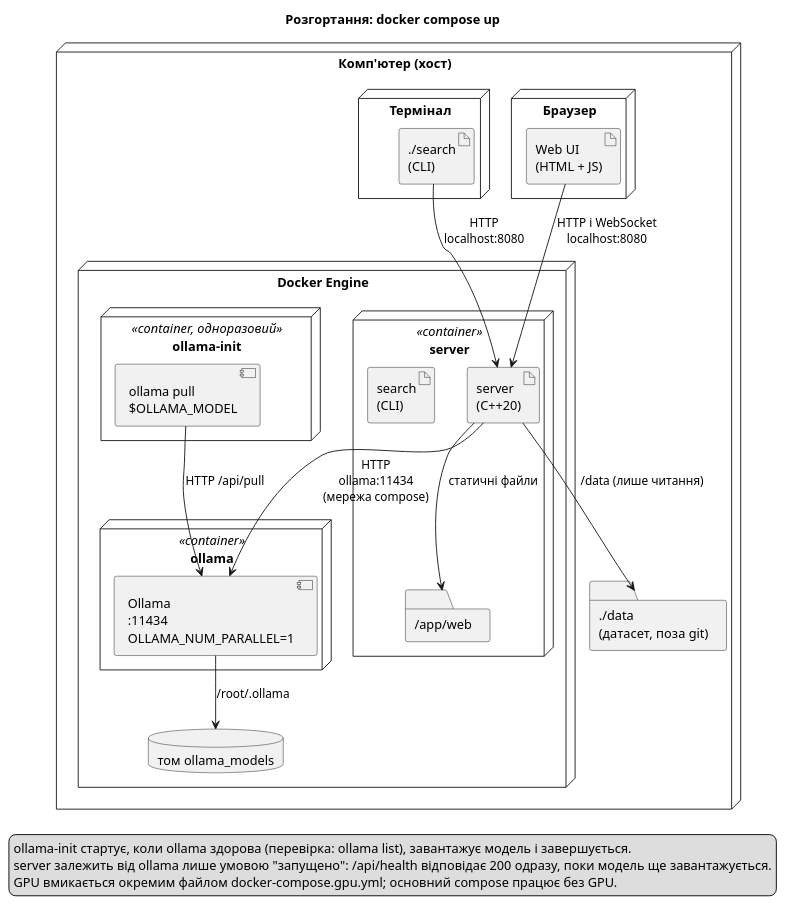
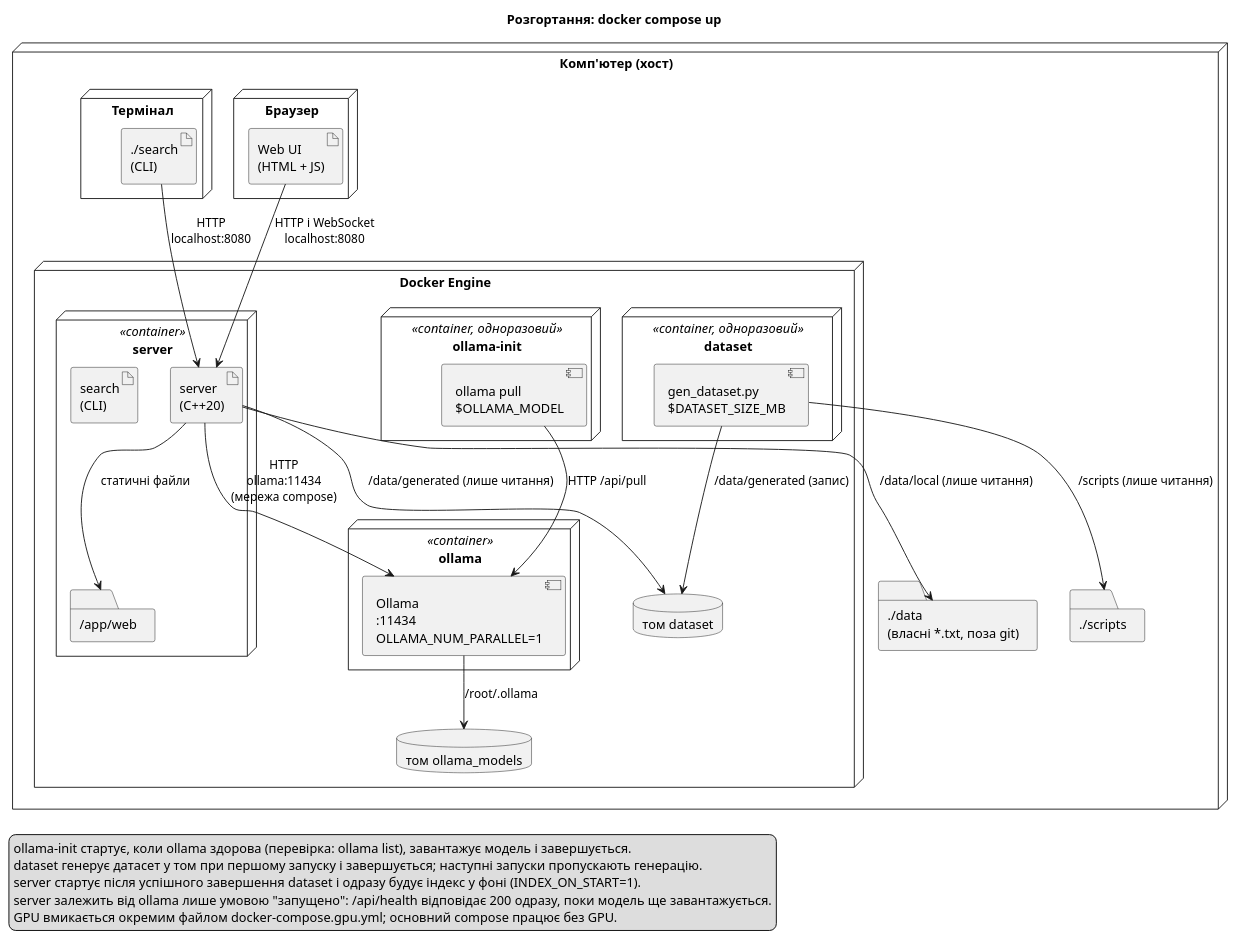
Before and after one commit to obolentsevB/course_work_parallel_computing: the diagram in docs/uml/deployment.puml, drawn with PlantUML. The commit also changed 5 other files, not shown here.

Commit message:
docs(uml): sync diagrams with startup indexing and dataset service

```diff
--- a/docs/uml/deployment.puml
+++ b/docs/uml/deployment.puml
@@ -1,52 +1,63 @@
 @startuml deployment
-' Діаграма розгортання (топологія Docker Compose). Модель до реалізації: див. docs/PLAN.md, розділ 4.1.
+' Діаграма розгортання (топологія Docker Compose), синхронізовано з docker-compose.yml.
 
 title Розгортання: docker compose up
 
 node "Комп'ютер (хост)" as Host {
 
   node "Браузер" as Browser {
     artifact "Web UI\n(HTML + JS)" as WebUI
   }
 
   node "Термінал" as Terminal {
     artifact "./search\n(CLI)" as Cli
   }
 
-  folder "./data\n(датасет, поза git)" as DataDir
+  folder "./data\n(власні *.txt, поза git)" as DataDir
+  folder "./scripts" as ScriptsDir
 
   node "Docker Engine" as Docker {
 
     node "server" <<container>> as Server {
       artifact "server\n(C++20)" as ServerBin
       artifact "search\n(CLI)" as ServerCli
       folder "/app/web" as WebDir
     }
 
     node "ollama" <<container>> as OllamaC {
       component "Ollama\n:11434\nOLLAMA_NUM_PARALLEL=1" as OllamaSvc
     }
 
     node "ollama-init" <<container, одноразовий>> as Init {
       component "ollama pull\n$OLLAMA_MODEL" as Pull
     }
 
+    node "dataset" <<container, одноразовий>> as DatasetC {
+      component "gen_dataset.py\n$DATASET_SIZE_MB" as Gen
+    }
+
     database "том ollama_models" as Models
+    database "том dataset" as DatasetVol
   }
 }
 
 WebUI --> ServerBin : HTTP і WebSocket\nlocalhost:8080
 Cli --> ServerBin : HTTP\nlocalhost:8080
 ServerBin --> OllamaSvc : HTTP\nollama:11434\n(мережа compose)
 Pull --> OllamaSvc : HTTP /api/pull
 OllamaSvc --> Models : /root/.ollama
-ServerBin --> DataDir : /data (лише читання)
+ServerBin --> DatasetVol : /data/generated (лише читання)
+ServerBin --> DataDir : /data/local (лише читання)
+Gen --> DatasetVol : /data/generated (запис)
+Gen --> ScriptsDir : /scripts (лише читання)
 ServerBin --> WebDir : статичні файли
 
 legend bottom left
   ollama-init стартує, коли ollama здорова (перевірка: ollama list), завантажує модель і завершується.
+  dataset генерує датасет у том при першому запуску і завершується; наступні запуски пропускають генерацію.
+  server стартує після успішного завершення dataset і одразу будує індекс у фоні (INDEX_ON_START=1).
   server залежить від ollama лише умовою "запущено": /api/health відповідає 200 одразу, поки модель ще завантажується.
   GPU вмикається окремим файлом docker-compose.gpu.yml; основний compose працює без GPU.
 endlegend
 
 @enduml
```
